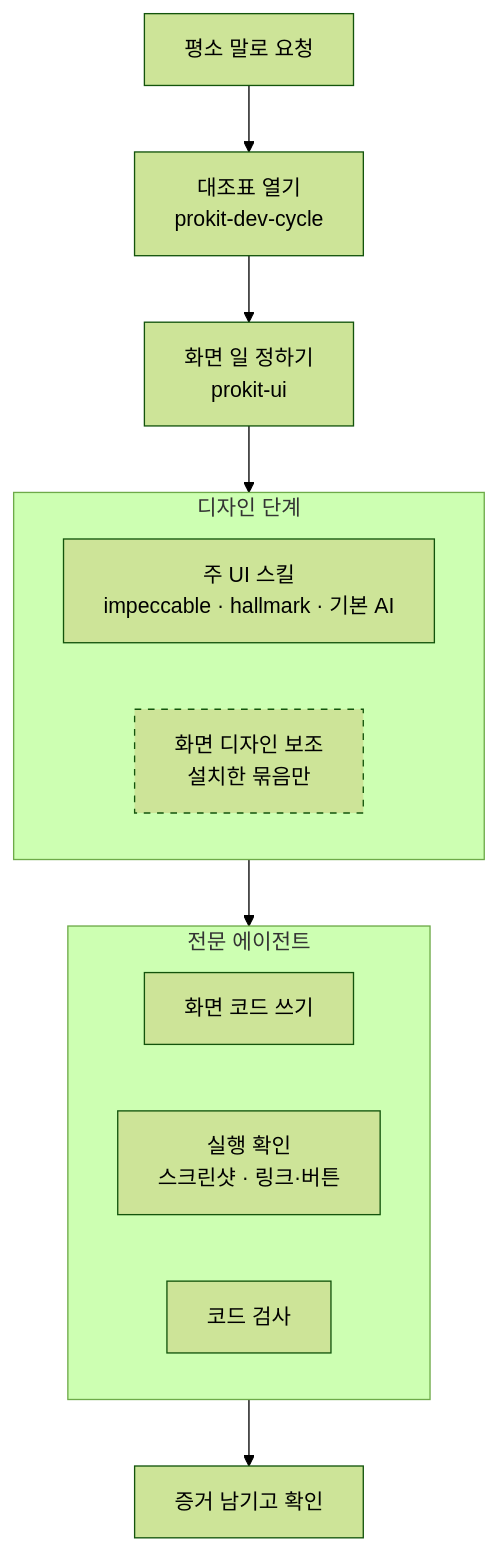
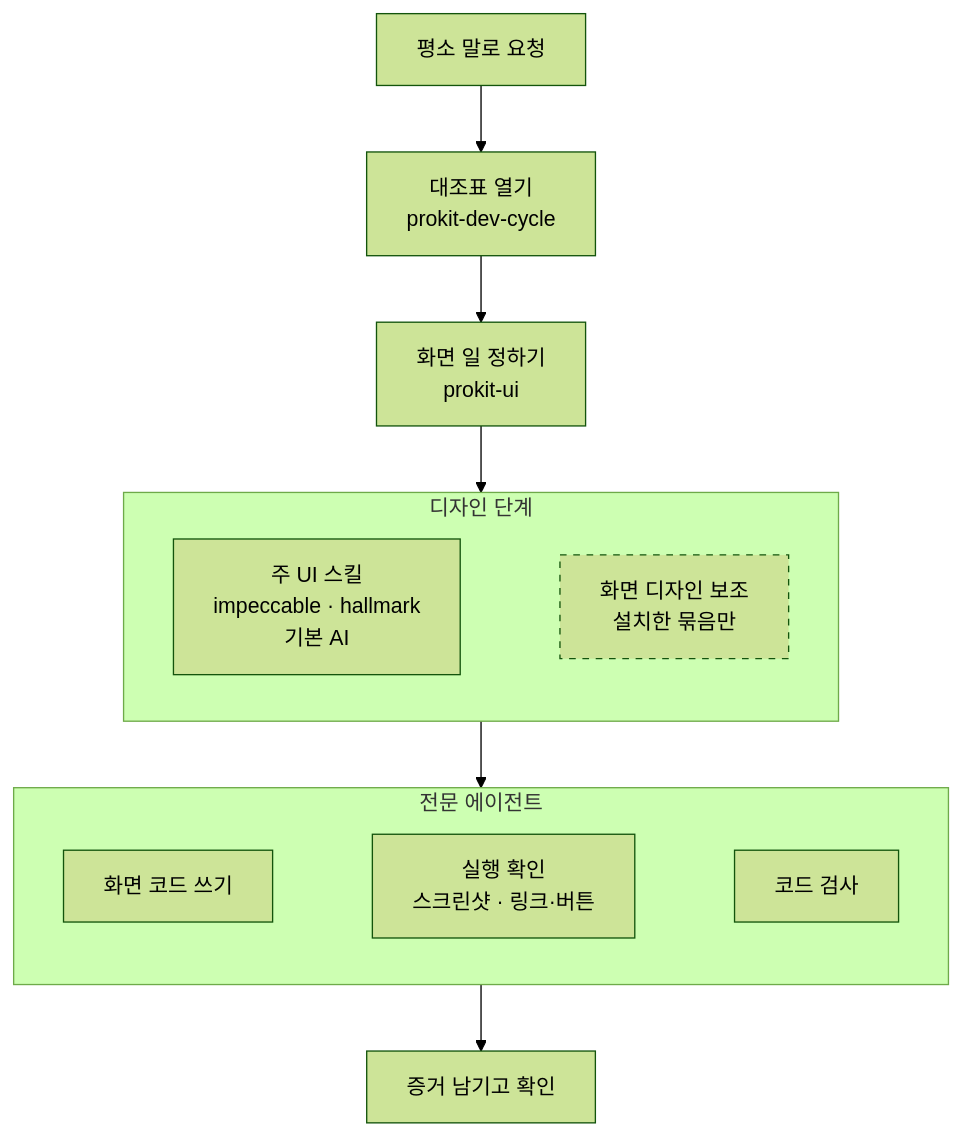
Before and after one commit to roadkwon-ai/pro-kit: the second of 2 diagrams in handbook/design/ui-skillset.md, drawn with Mermaid (forest theme). The commit also changed other lines of this file and 26 other files, not shown here.

````diff
--- a/handbook/design/ui-skillset.md
+++ b/handbook/design/ui-skillset.md
@@ -93,24 +94,26 @@
 ```mermaid
 ---
 config:
   flowchart:
-    wrappingWidth: 300
+    wrappingWidth: 240
 ---
 flowchart TB
   REQ["평소 말로 요청"] --> DC["대조표 열기<br/>prokit-dev-cycle"]
   DC --> UI["화면 일 정하기<br/>prokit-ui"]
   UI --> DS
   subgraph DS["디자인 단계"]
-    SK["주 UI 스킬<br/>impeccable · hallmark · 기본 AI"]
+    SK["주 UI 스킬<br/>impeccable · hallmark<br/>기본 AI"]
     AD["화면 디자인 보조<br/>설치한 묶음만"]
+    SK ~~~ AD
   end
   DS --> AG
   subgraph AG["전문 에이전트"]
     B["화면 코드 쓰기"]
     RC["실행 확인<br/>스크린샷 · 링크·버튼"]
     RV["코드 검사"]
+    B ~~~ RC ~~~ RV
   end
   AG --> EV["증거 남기고 확인"]
   classDef opt stroke-dasharray: 5 5
   class AD opt
 ```
````
